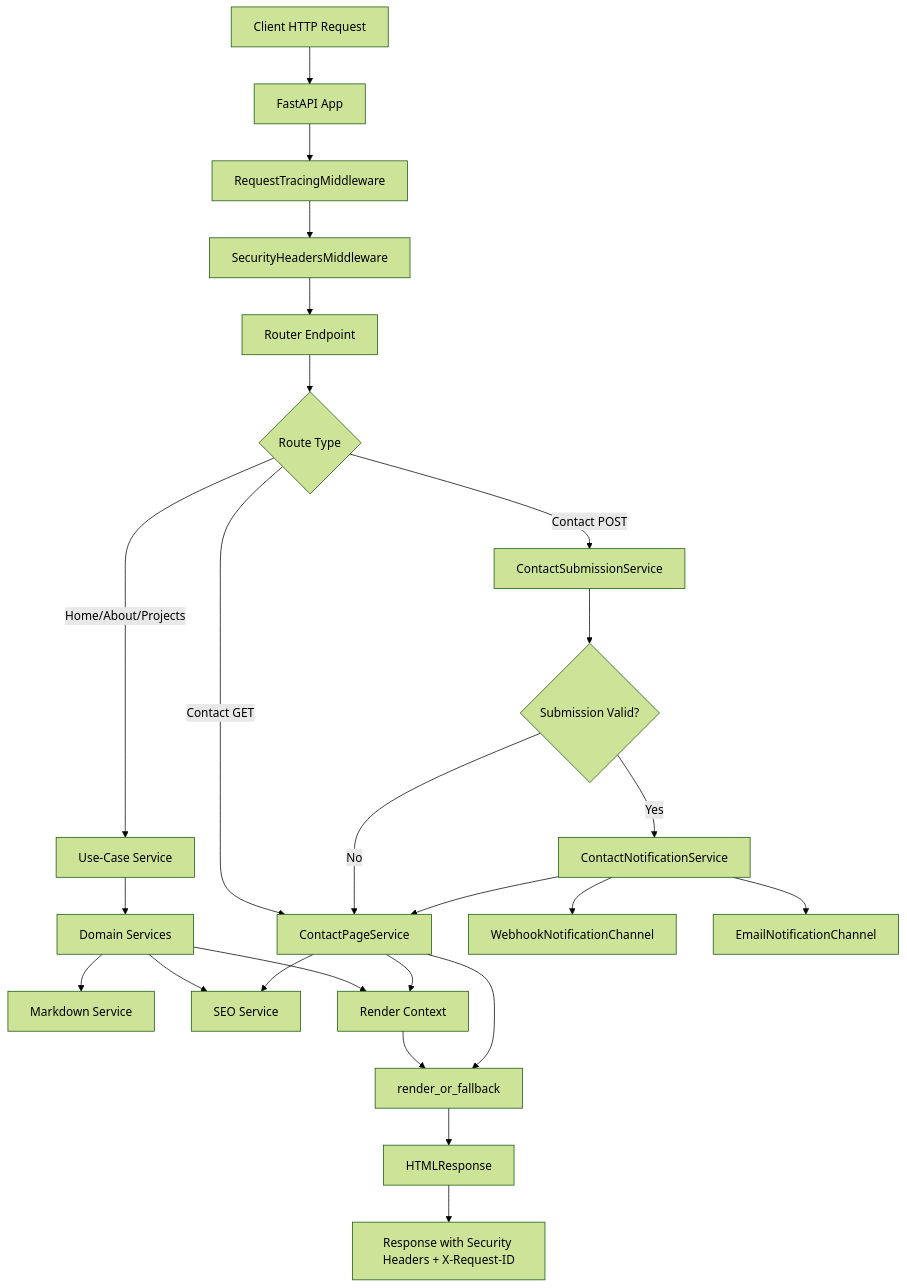
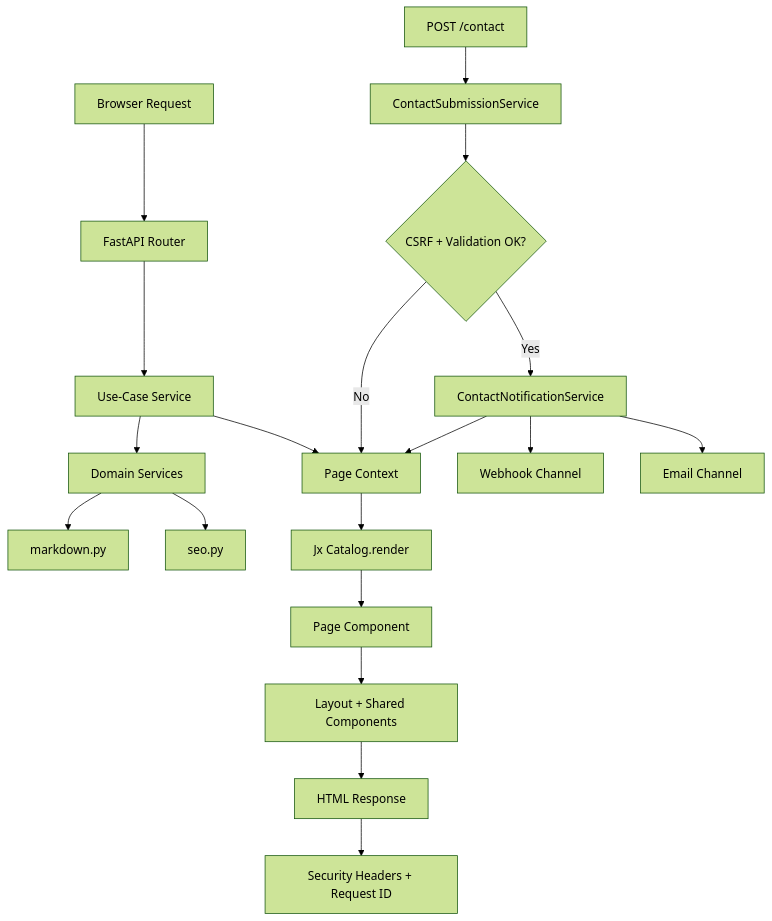
One commit to oornnery/portfolio changed the diagram in README.md. Above: the diagram before and after it, drawn with Mermaid (forest theme). The commit also changed other lines of this file, not shown here.

````diff
--- a/README.md
+++ b/README.md
@@ -76,32 +156,22 @@
 ```mermaid
 flowchart TD
-    A[Client HTTP Request] --> B[FastAPI App]
-    B --> C[RequestTracingMiddleware]
-    C --> D[SecurityHeadersMiddleware]
-    D --> E[Router Endpoint]
+    A[Browser Request] --> B[FastAPI Router]
+    B --> C[Use-Case Service]
+    C --> D[Domain Services]
+    D --> D1[markdown.py]
+    D --> D2[seo.py]
+    C --> E[Page Context]
+    E --> F[Jx Catalog.render]
+    F --> G[Page Component]
+    G --> H[Layout + Shared Components]
+    H --> I[HTML Response]
+    I --> J[Security Headers + Request ID]
 
-    E --> F{Route Type}
-    F -->|Home/About/Projects| G[Use-Case Service]
-    F -->|Contact GET| H[ContactPageService]
-    F -->|Contact POST| I[ContactSubmissionService]
-
-    G --> J[Domain Services]
-    J --> J1[Markdown Service]
-    J --> J2[SEO Service]
-    J --> K[Render Context]
-
-    H --> J2
-    H --> K
-
-    I --> L{Submission Valid?}
-    L -->|No| H
-    L -->|Yes| M[ContactNotificationService]
-    M --> M1[WebhookNotificationChannel]
-    M --> M2[EmailNotificationChannel]
-    M --> H
-
-    K --> N[render_or_fallback]
-    H --> N
-    N --> O[HTMLResponse]
-    O --> P[Response with Security Headers + X-Request-ID]
+    K[POST /contact] --> L[ContactSubmissionService]
+    L --> M{CSRF + Validation OK?}
+    M -->|No| E
+    M -->|Yes| N[ContactNotificationService]
+    N --> N1[Webhook Channel]
+    N --> N2[Email Channel]
+    N --> E
 ```
````
